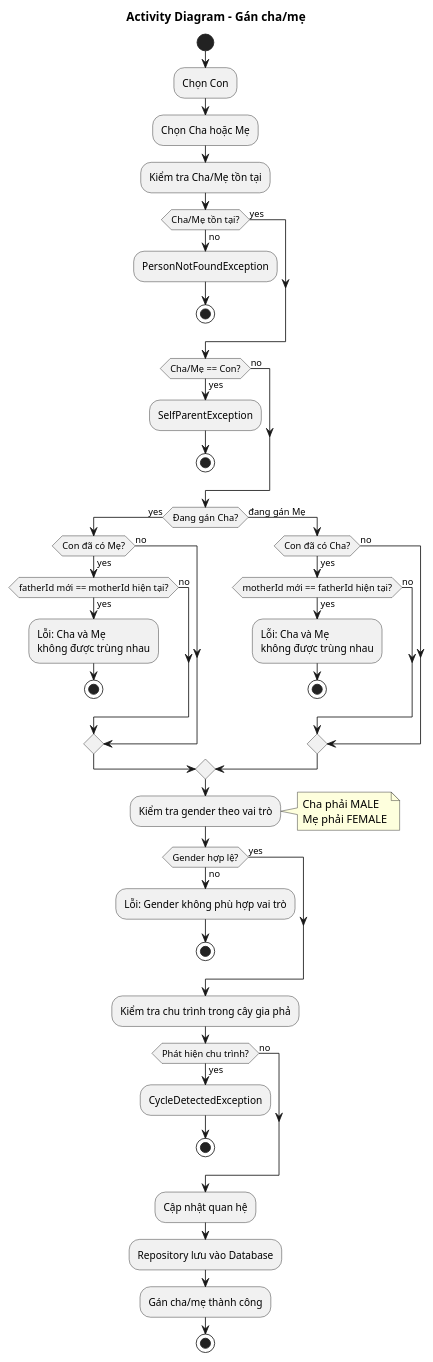
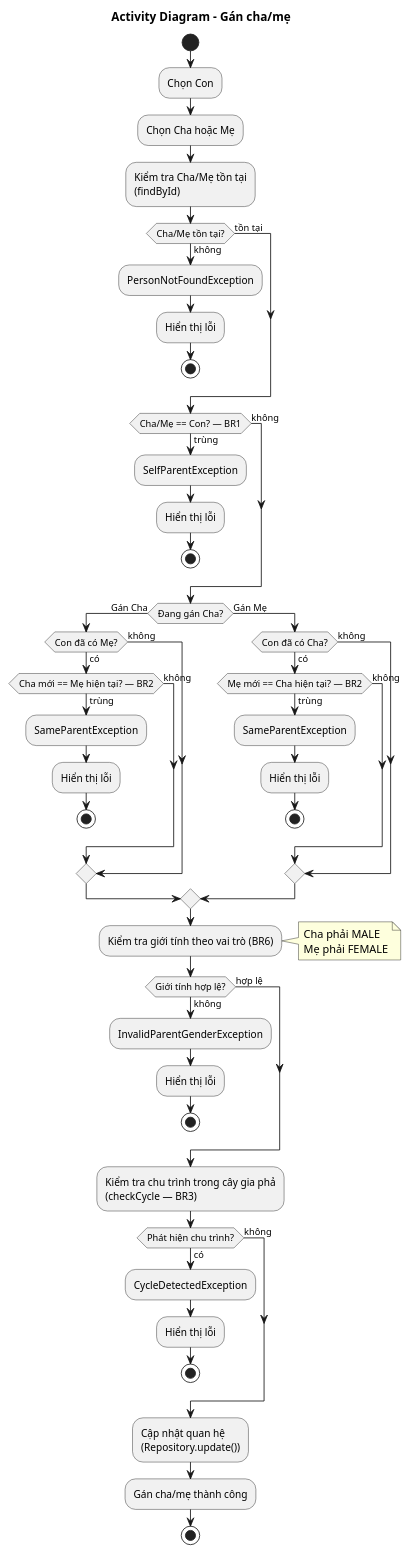
One commit to minhchien170704/do-an-gia-pha changed the diagram in docs/uml/activity-assign-parent.puml. Above: the diagram before and after it, drawn with PlantUML. The commit also changed 34 other files, not shown here.

```diff
--- a/docs/uml/activity-assign-parent.puml
+++ b/docs/uml/activity-assign-parent.puml
@@ -1,71 +1,77 @@
 @startuml activity-assign-parent
 
 title Activity Diagram - Gán cha/mẹ
 
 start
 
 :Chọn Con;
 
 :Chọn Cha hoặc Mẹ;
 
-:Kiểm tra Cha/Mẹ tồn tại;
+:Kiểm tra Cha/Mẹ tồn tại\n(findById);
 
-if (Cha/Mẹ tồn tại?) then (yes)
-else (no)
+if (Cha/Mẹ tồn tại?) then (tồn tại)
+else (không)
   :PersonNotFoundException;
+  :Hiển thị lỗi;
   stop
 endif
 
-if (Cha/Mẹ == Con?) then (yes)
+if (Cha/Mẹ == Con? — BR1) then (trùng)
   :SelfParentException;
+  :Hiển thị lỗi;
   stop
-else (no)
+else (không)
 endif
 
-if (Đang gán Cha?) then (yes)
-  if (Con đã có Mẹ?) then (yes)
-    if (fatherId mới == motherId hiện tại?) then (yes)
-      :Lỗi: Cha và Mẹ\nkhông được trùng nhau;
+if (Đang gán Cha?) then (Gán Cha)
+  if (Con đã có Mẹ?) then (có)
+    if (Cha mới == Mẹ hiện tại? — BR2) then (trùng)
+      :SameParentException;
+      :Hiển thị lỗi;
       stop
-    else (no)
+    else (không)
     endif
-  else (no)
+  else (không)
   endif
-else (đang gán Mẹ)
-  if (Con đã có Cha?) then (yes)
-    if (motherId mới == fatherId hiện tại?) then (yes)
-      :Lỗi: Cha và Mẹ\nkhông được trùng nhau;
+else (Gán Mẹ)
+  if (Con đã có Cha?) then (có)
+    if (Mẹ mới == Cha hiện tại? — BR2) then (trùng)
+      :SameParentException;
+      :Hiển thị lỗi;
       stop
-    else (no)
+    else (không)
     endif
-  else (no)
+  else (không)
   endif
 endif
 
-:Kiểm tra gender theo vai trò;
+:Kiểm tra giới tính theo vai trò (BR6);
 note right
   Cha phải MALE
   Mẹ phải FEMALE
 end note
 
-if (Gender hợp lệ?) then (yes)
-else (no)
-  :Lỗi: Gender không phù hợp vai trò;
+if (Giới tính hợp lệ?) then (hợp lệ)
+else (không)
+  :InvalidParentGenderException;
+  :Hiển thị lỗi;
   stop
 endif
 
-:Kiểm tra chu trình trong cây gia phả;
+:Kiểm tra chu trình trong cây gia phả\n(checkCycle — BR3);
 
-if (Phát hiện chu trình?) then (yes)
+if (Phát hiện chu trình?) then (có)
   :CycleDetectedException;
+  :Hiển thị lỗi;
   stop
-else (no)
+else (không)
 endif
 
-:Cập nhật quan hệ;
-:Repository lưu vào Database;
+:Cập nhật quan hệ\n(Repository.update());
+
 :Gán cha/mẹ thành công;
 
 stop
 
 @enduml
```
